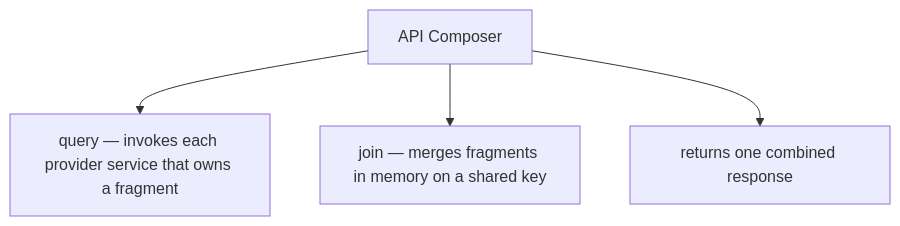
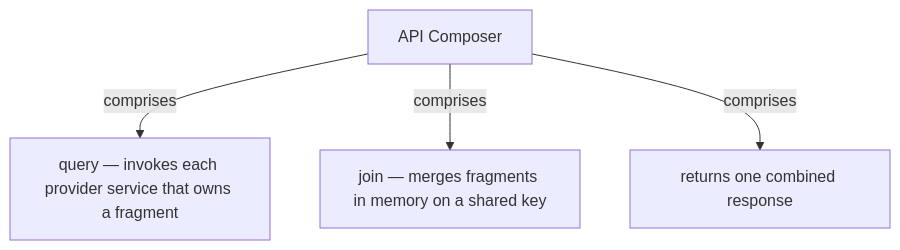
One commit to vinayakuber/microservices-io-study-guide changed the fifth of 13 diagrams in docs/ch21-api-composition.md. Above: the diagram before and after it, drawn with Mermaid. The commit also changed other lines of this file and 71 other files, not shown here.

First line of the commit message:
R18: label every diagram arrow with its meaning

````diff
--- a/docs/ch21-api-composition.md
+++ b/docs/ch21-api-composition.md
@@ -209,7 +209,7 @@
 ```mermaid
 flowchart TD
   R["API Composer"]
-  R --> P0["query — invokes each provider service that owns a fragment"]
-  R --> P1["join — merges fragments in memory on a shared key"]
-  R --> P2["returns one combined response"]
+  R -->|"comprises"| P0["query — invokes each provider service that owns a fragment"]
+  R -->|"comprises"| P1["join — merges fragments in memory on a shared key"]
+  R -->|"comprises"| P2["returns one combined response"]
 ```
````
